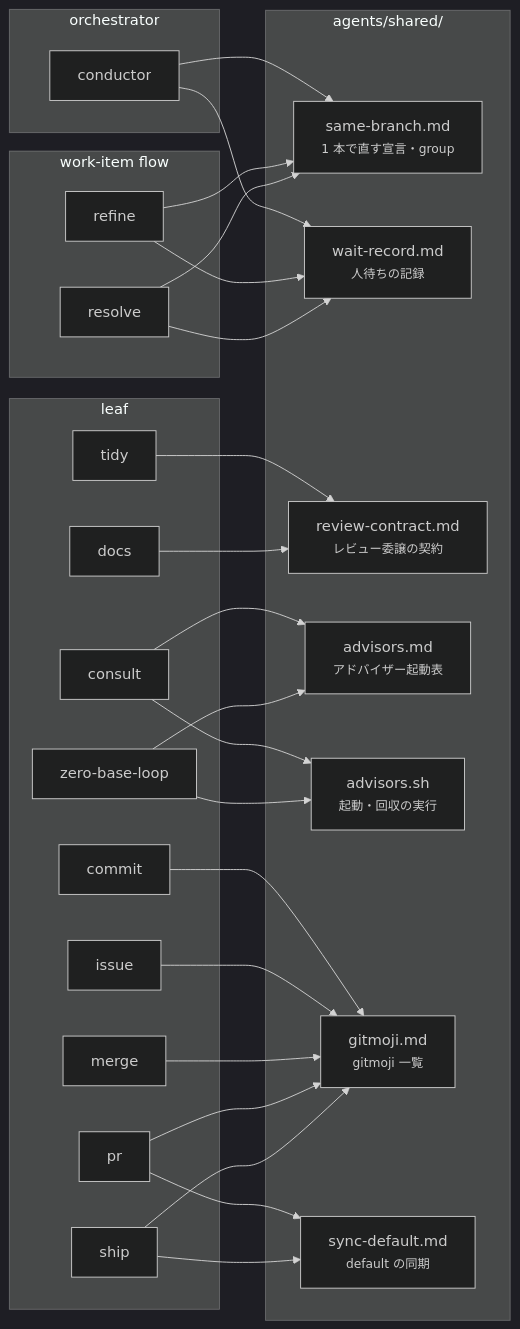
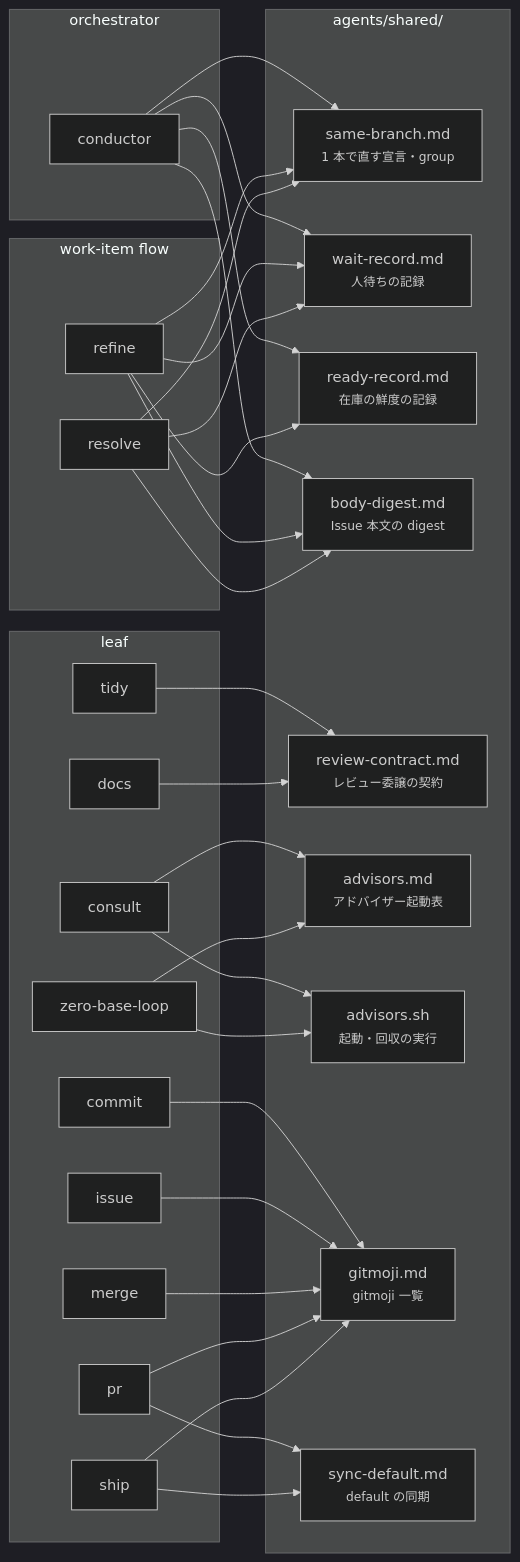
One commit to usagizmo/agentfiles changed the third of 3 diagrams in agents/docs/structure.md. Above: the diagram before and after it, drawn with Mermaid (dark theme). The commit also changed other lines of this file and 19 other files, not shown here.

````diff
--- a/agents/docs/structure.md
+++ b/agents/docs/structure.md
@@ -81,50 +81,57 @@
 ```mermaid
 flowchart LR
     subgraph orch["orchestrator"]
         CO[conductor]
     end
     subgraph flow["work-item flow"]
         RF[refine]
         RS[resolve]
     end
     subgraph leaf["leaf"]
         CS[consult]
         ZB[zero-base-loop]
         TD[tidy]
         DC[docs]
         CM[commit]
         IS[issue]
         MG[merge]
         PR[pr]
         SH[ship]
     end
     subgraph shared["agents/shared/"]
         SB["same-branch.md<br/><small>1 本で直す宣言・group</small>"]
         WR["wait-record.md<br/><small>人待ちの記録</small>"]
+        RR["ready-record.md<br/><small>在庫の鮮度の記録</small>"]
+        BD["body-digest.md<br/><small>Issue 本文の digest</small>"]
         RC["review-contract.md<br/><small>レビュー委譲の契約</small>"]
         AD["advisors.md<br/><small>アドバイザー起動表</small>"]
         AS["advisors.sh<br/><small>起動・回収の実行</small>"]
         GM["gitmoji.md<br/><small>gitmoji 一覧</small>"]
         SD["sync-default.md<br/><small>default の同期</small>"]
     end
 
     CO --> SB
     CO --> WR
+    CO --> RR
+    CO --> BD
     RF --> SB
     RF --> WR
+    RF --> RR
+    RF --> BD
     RS --> SB
     RS --> WR
+    RS --> BD
     CS --> AD
     CS --> AS
     ZB --> AD
     ZB --> AS
     TD --> RC
     DC --> RC
     CM --> GM
     IS --> GM
     MG --> GM
     PR --> GM
     SH --> GM
     PR --> SD
     SH --> SD
 ```
````
